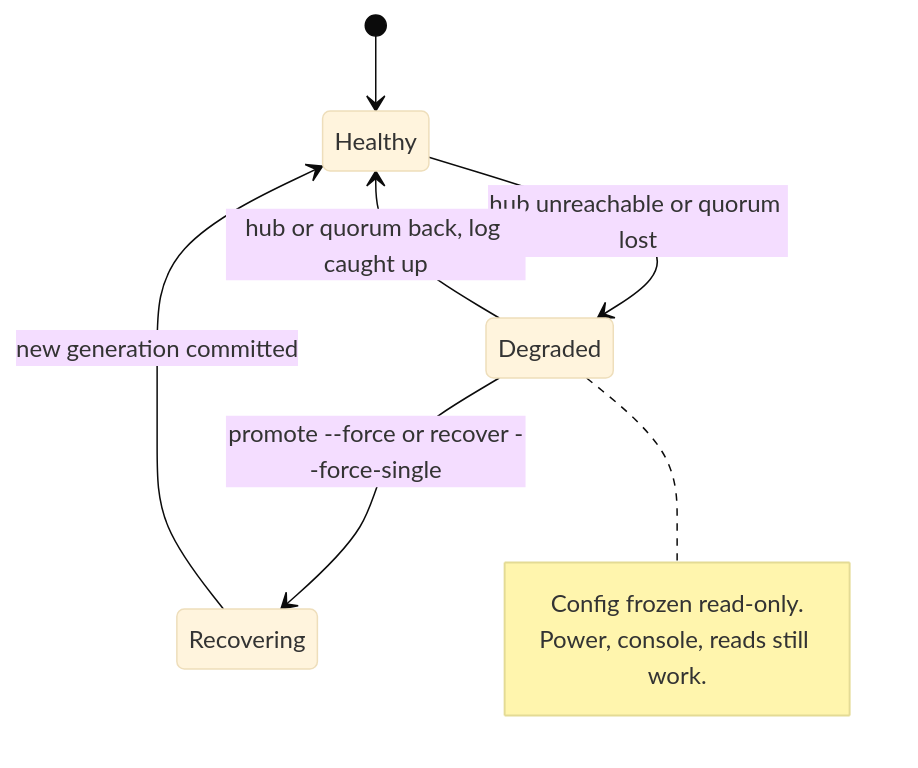
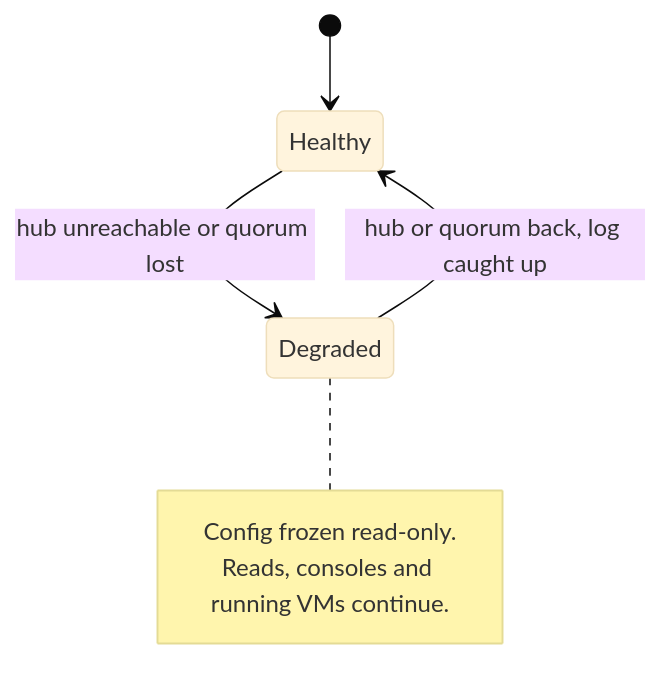
Before and after one commit to brenfwd/prism: the third of 10 diagrams in docs/DESIGN.md, drawn with Mermaid (base theme). The commit also changed other lines of this file and 2 other files, not shown here.

````diff
--- a/docs/DESIGN.md
+++ b/docs/DESIGN.md
@@ -285,12 +284,10 @@
 ```mermaid
 stateDiagram-v2
     [*] --> Healthy
     Healthy --> Degraded: hub unreachable or quorum lost
     Degraded --> Healthy: hub or quorum back, log caught up
-    Degraded --> Recovering: promote --force or recover --force-single
-    Recovering --> Healthy: new generation committed
     note right of Degraded
         Config frozen read-only.
-        Power, console, reads still work.
+        Reads, consoles and running VMs continue.
     end note
 ```
````
